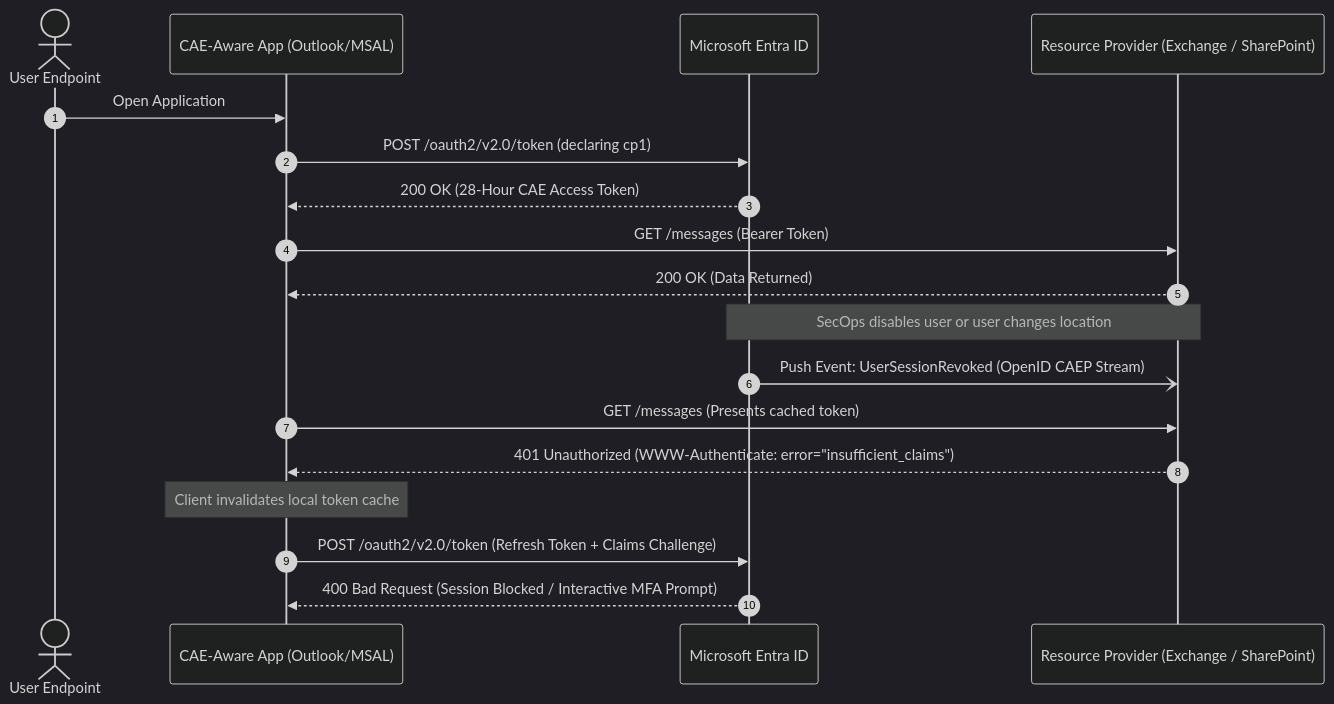
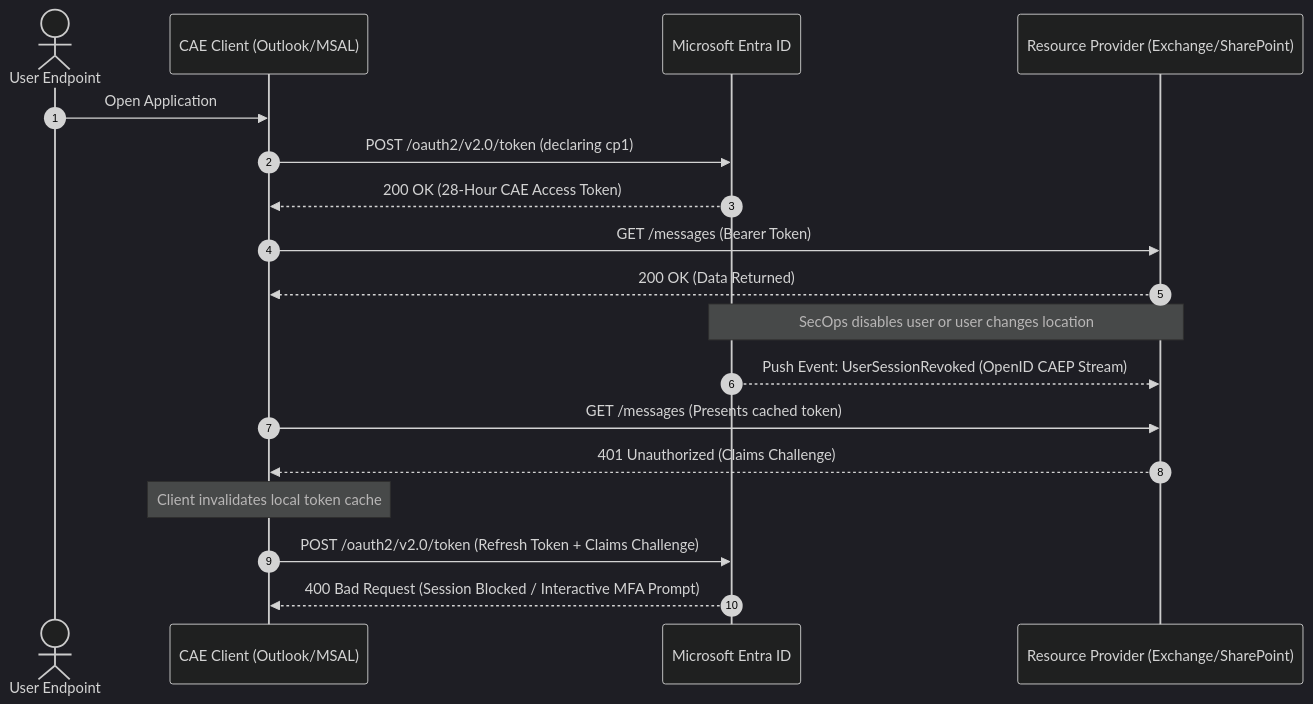
Before and after one commit to CloudByPascal/cloudbypascal.github.io: the second of 3 diagrams in content/posts/demystifying-continuous-access-evaluation.md, drawn with Mermaid (dark theme). The commit also changed other lines of this file and 2 other files, not shown here.

Commit message:
fix: resolve Mermaid diagram async CDN initialization and syntax errors

````diff
--- a/content/posts/demystifying-continuous-access-evaluation.md
+++ b/content/posts/demystifying-continuous-access-evaluation.md
@@ -53,24 +53,24 @@
 ```mermaid
 sequenceDiagram
     autonumber
     actor User as User Endpoint
-    participant Client as CAE-Aware App (Outlook/MSAL)
+    participant Client as CAE Client (Outlook/MSAL)
     participant Entra as Microsoft Entra ID
-    participant RP as Resource Provider (Exchange / SharePoint)
+    participant RP as Resource Provider (Exchange/SharePoint)
 
     User->>Client: Open Application
     Client->>Entra: POST /oauth2/v2.0/token (declaring cp1)
     Entra-->>Client: 200 OK (28-Hour CAE Access Token)
     Client->>RP: GET /messages (Bearer Token)
     RP-->>Client: 200 OK (Data Returned)
 
     Note over Entra, RP: SecOps disables user or user changes location
-    Entra-)RP: Push Event: UserSessionRevoked (OpenID CAEP Stream)
+    Entra-->>RP: Push Event: UserSessionRevoked (OpenID CAEP Stream)
 
     Client->>RP: GET /messages (Presents cached token)
-    RP-->>Client: 401 Unauthorized (WWW-Authenticate: error="insufficient_claims")
+    RP-->>Client: 401 Unauthorized (Claims Challenge)
 
     Note over Client: Client invalidates local token cache
     Client->>Entra: POST /oauth2/v2.0/token (Refresh Token + Claims Challenge)
     Entra-->>Client: 400 Bad Request (Session Blocked / Interactive MFA Prompt)
 ```
````
